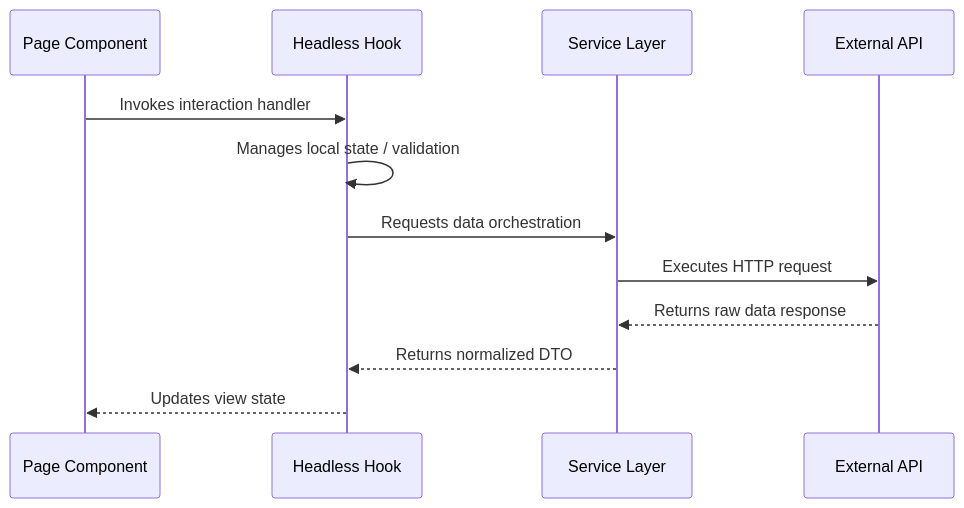
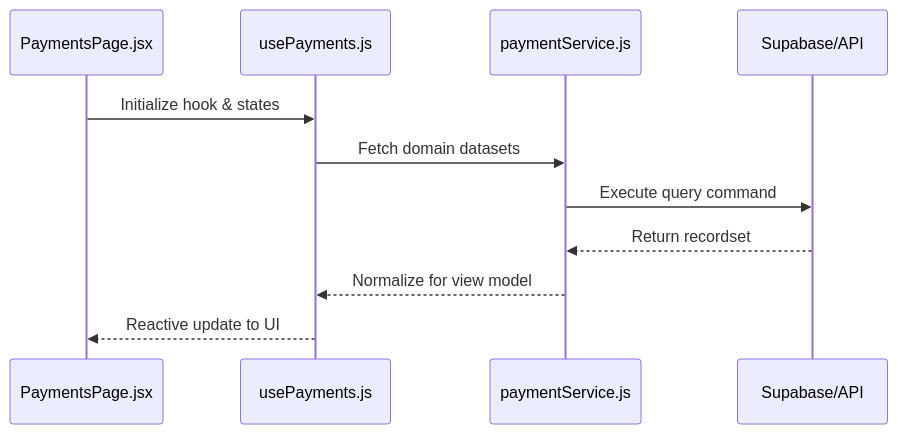
The first of 2 diagrams in src/features/payments/README.md (nexowebai/nexo-superadmin), drawn with Mermaid before and after one commit. The commit also changed other lines of this file and 17 other files, not shown here.

Commit message:
chore: implement automated technical documentation engine and standardize feature architecture files

````diff
--- a/src/features/payments/README.md
+++ b/src/features/payments/README.md
@@ -12,15 +12,14 @@
 ```mermaid
 sequenceDiagram
-    participant UI as Page Component
-    participant Hook as Headless Hook
-    participant Service as Service Layer
-    participant API as External API
+    participant P as PaymentsPage.jsx
+    participant H as usePayments.js
+    participant S as paymentService.js
+    participant API as Supabase/API
 
-    UI->>Hook: Invokes interaction handler
-    Hook->>Hook: Manages local state / validation
-    Hook->>Service: Requests data orchestration
-    Service->>API: Executes HTTP request
-    API-->>Service: Returns raw data response
-    Service-->>Hook: Returns normalized DTO
-    Hook-->>UI: Updates view state
+    P->>H: Initialize hook & states
+    H->>S: Fetch domain datasets
+    S->>API: Execute query command
+    API-->>S: Return recordset
+    S-->>H: Normalize for view model
+    H-->>P: Reactive update to UI
 ```
````
